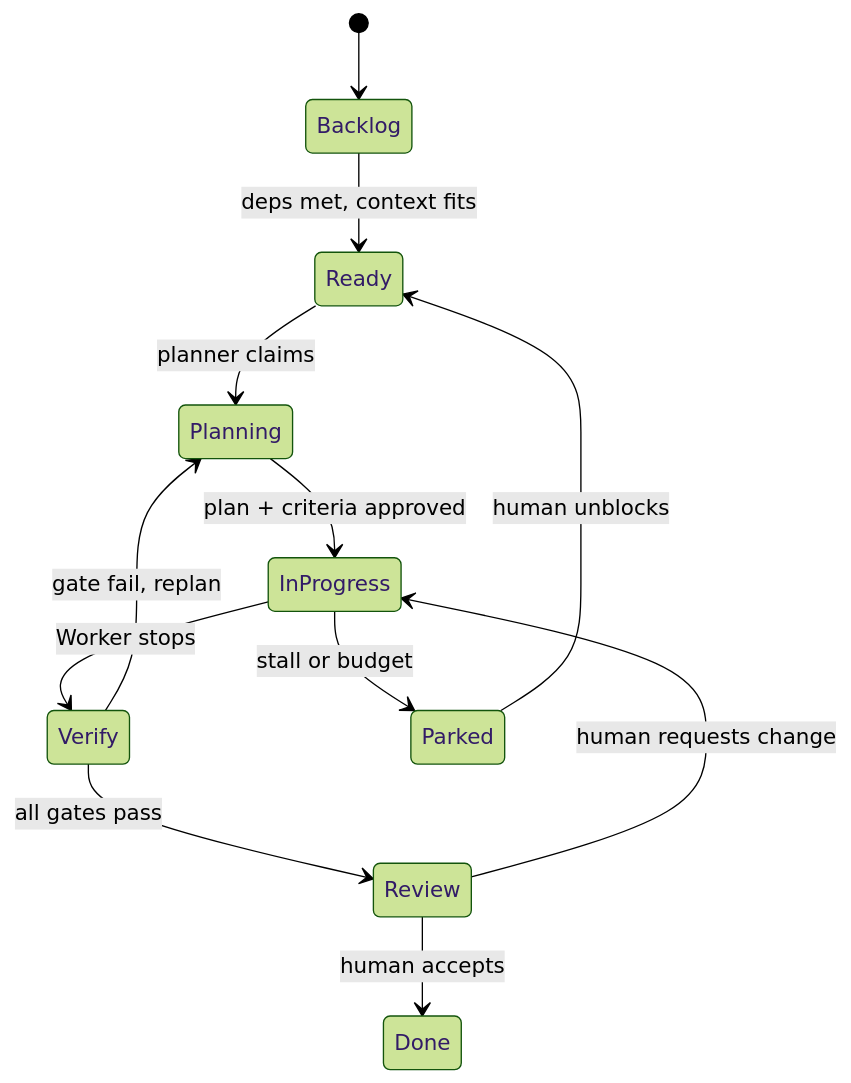
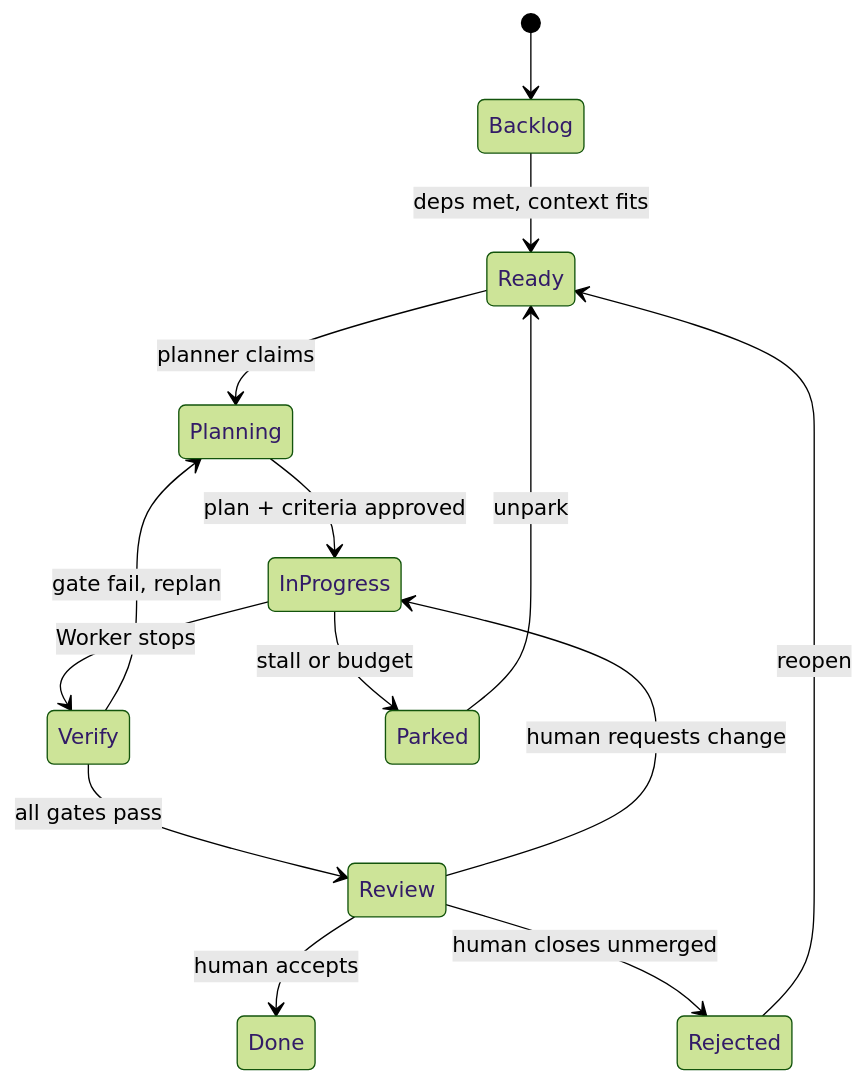
Before and after one commit to brennansk1/sekhemet: the second of 8 diagrams in docs/design/HARNESS_DESIGN.md, drawn with Mermaid (forest theme). The commit also changed other lines of this file, not shown here.

````diff
--- a/docs/design/HARNESS_DESIGN.md
+++ b/docs/design/HARNESS_DESIGN.md
@@ -456,14 +457,16 @@
 ```mermaid
 stateDiagram-v2
   [*] --> Backlog
   Backlog --> Ready: deps met, context fits
   Ready --> Planning: planner claims
   Planning --> InProgress: plan + criteria approved
   InProgress --> Verify: Worker stops
   Verify --> Review: all gates pass
   Verify --> Planning: gate fail, replan
   Review --> Done: human accepts
   Review --> InProgress: human requests change
+  Review --> Rejected: human closes unmerged
   InProgress --> Parked: stall or budget
-  Parked --> Ready: human unblocks
+  Parked --> Ready: unpark
+  Rejected --> Ready: reopen
 ```
````
